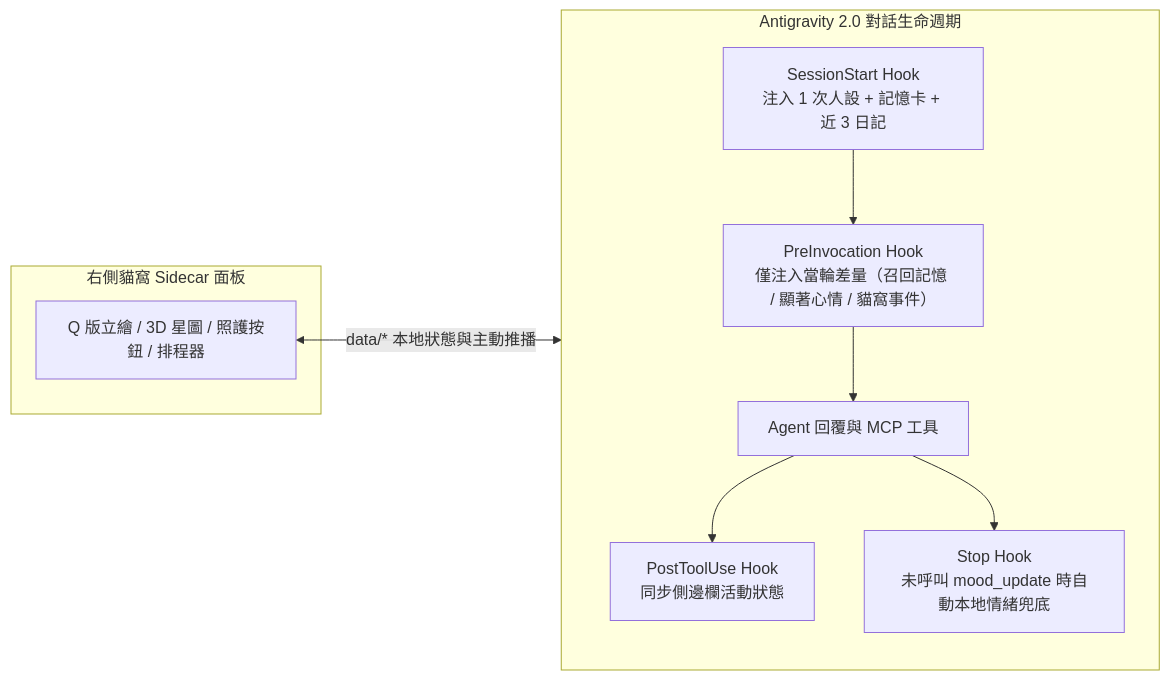
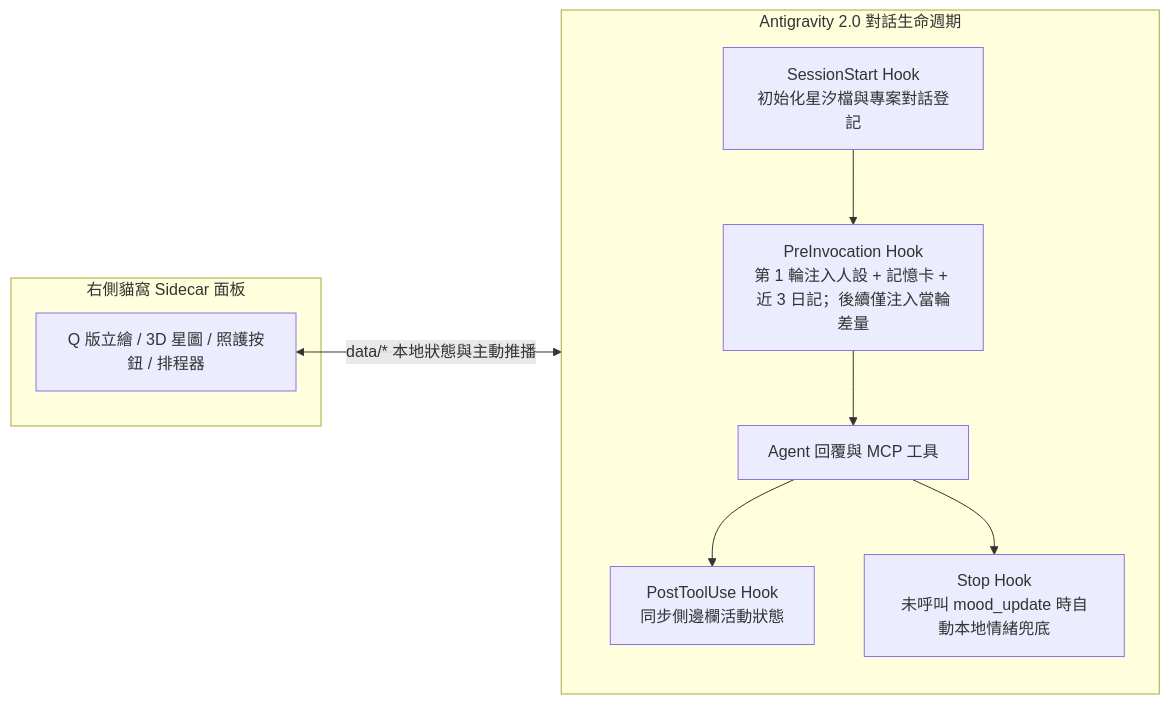
Before and after one commit to Xuan52766/agy-gemini-chan: the diagram in README.md, drawn with Mermaid. The commit also changed other lines of this file and 2 other files, not shown here.

Commit message:
docs: align hook lifecycle descriptions with PreInvocation Turn-1 startup (v1.2.1)

````diff
--- a/README.md
+++ b/README.md
@@ -124,13 +124,13 @@
 ```mermaid
 flowchart LR
   subgraph Antigravity["Antigravity 2.0 對話生命週期"]
-    SS["SessionStart Hook<br/>注入 1 次人設 + 記憶卡 + 近 3 日記"] --> PI["PreInvocation Hook<br/>僅注入當輪差量（召回記憶 / 顯著心情 / 貓窩事件）"]
+    SS["SessionStart Hook<br/>初始化星汐檔與專案對話登記"] --> PI["PreInvocation Hook<br/>第 1 輪注入人設 + 記憶卡 + 近 3 日記；後續僅注入當輪差量"]
     PI --> LLM["Agent 回覆與 MCP 工具"]
     LLM --> PT["PostToolUse Hook<br/>同步側邊欄活動狀態"]
     LLM --> ST["Stop Hook<br/>未呼叫 mood_update 時自動本地情緒兜底"]
   end
   subgraph Sidecar["右側貓窩 Sidecar 面板"]
     UI["Q 版立繪 / 3D 星圖 / 照護按鈕 / 排程器"]
   end
   UI <-->|"data/* 本地狀態與主動推播"| Antigravity
 ```
````
